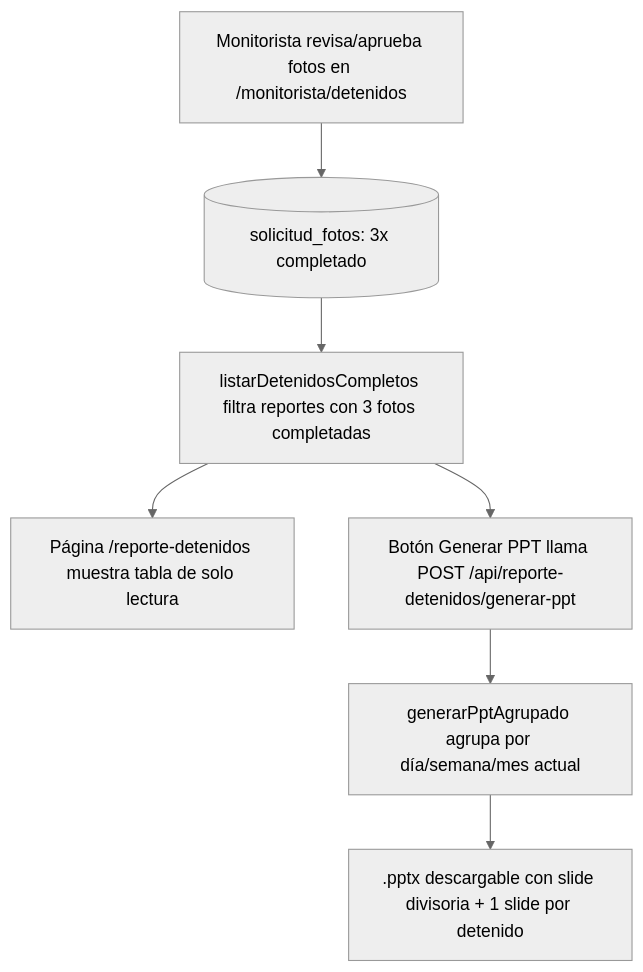
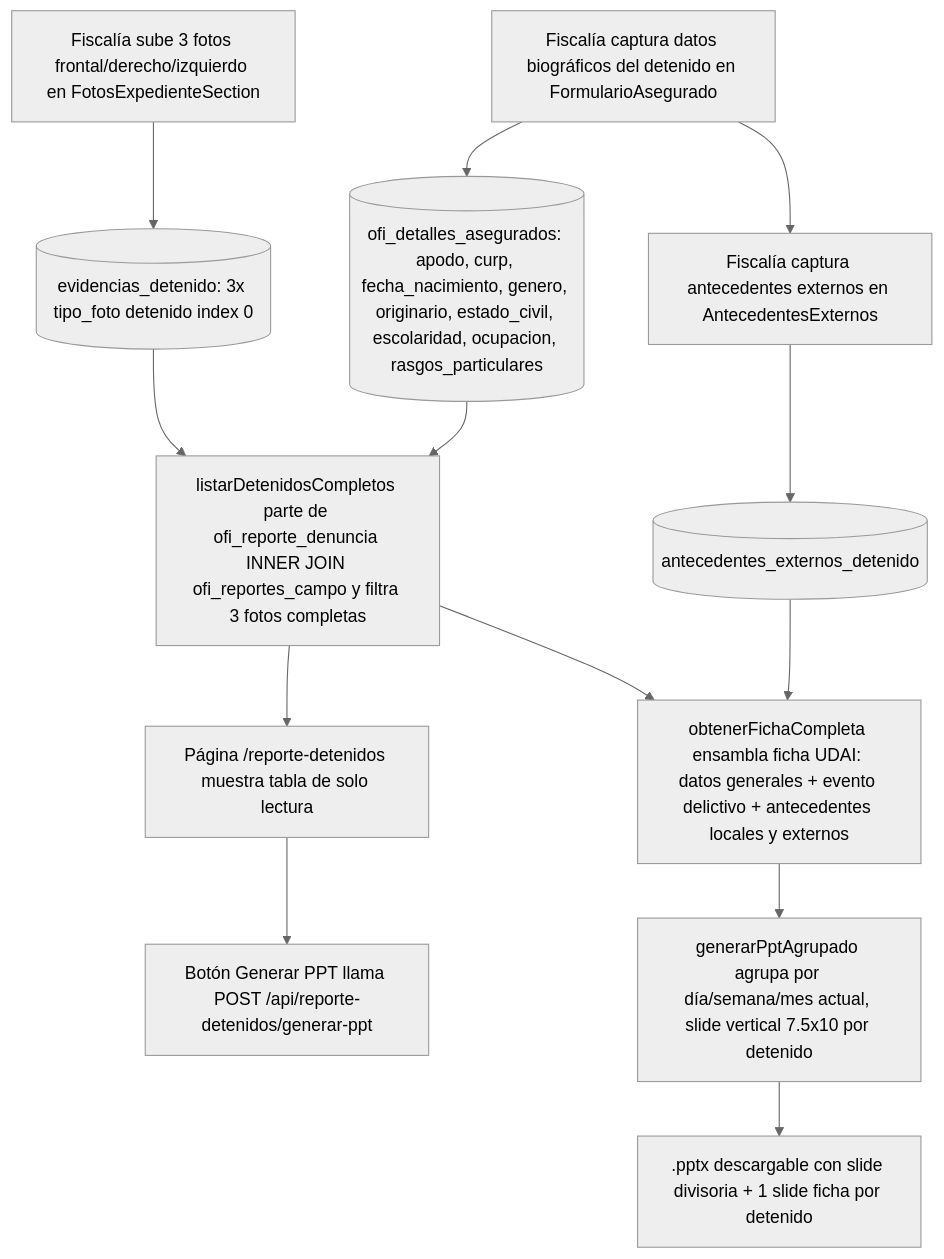
One commit to CESARBR2025/sentinel-qa changed the diagram in boveda/🧩 Features/Reporte de Detenidos.md. Above: the diagram before and after it, drawn with Mermaid (neutral theme). The commit also changed other lines of this file and 39 other files, not shown here.

Commit message:
update reporte detenidos ppt

````diff
--- a/boveda/🧩 Features/Reporte de Detenidos.md
+++ b/boveda/🧩 Features/Reporte de Detenidos.md
@@ -9,9 +9,14 @@
 ```mermaid
 flowchart TD
-    A[Monitorista revisa/aprueba fotos en /monitorista/detenidos] --> B[(solicitud_fotos: 3x completado)]
-    B --> C[listarDetenidosCompletos filtra reportes con 3 fotos completadas]
-    C --> D[Página /reporte-detenidos muestra tabla de solo lectura]
-    C --> E[Botón Generar PPT llama POST /api/reporte-detenidos/generar-ppt]
-    E --> F[generarPptAgrupado agrupa por día/semana/mes actual]
-    F --> G[.pptx descargable con slide divisoria + 1 slide por detenido]
+    A[Fiscalía captura datos biográficos del detenido en FormularioAsegurado] --> B[(ofi_detalles_asegurados: apodo, curp, fecha_nacimiento, genero, originario, estado_civil, escolaridad, ocupacion, rasgos_particulares)]
+    A --> C[Fiscalía captura antecedentes externos en AntecedentesExternos] --> D[(antecedentes_externos_detenido)]
+    E[Fiscalía sube 3 fotos frontal/derecho/izquierdo en FotosExpedienteSection] --> F[(evidencias_detenido: 3x tipo_foto detenido index 0)]
+    G[listarDetenidosCompletos parte de ofi_reporte_denuncia INNER JOIN ofi_reportes_campo y filtra 3 fotos completas] --> H[Página /reporte-detenidos muestra tabla de solo lectura]
+    B --> G
+    D --> I[obtenerFichaCompleta ensambla ficha UDAI: datos generales + evento delictivo + antecedentes locales y externos]
+    F --> G
+    H --> J[Botón Generar PPT llama POST /api/reporte-detenidos/generar-ppt]
+    G --> I
+    I --> K[generarPptAgrupado agrupa por día/semana/mes actual, slide vertical 7.5x10 por detenido]
+    K --> L[.pptx descargable con slide divisoria + 1 slide ficha por detenido]
 ```
````
